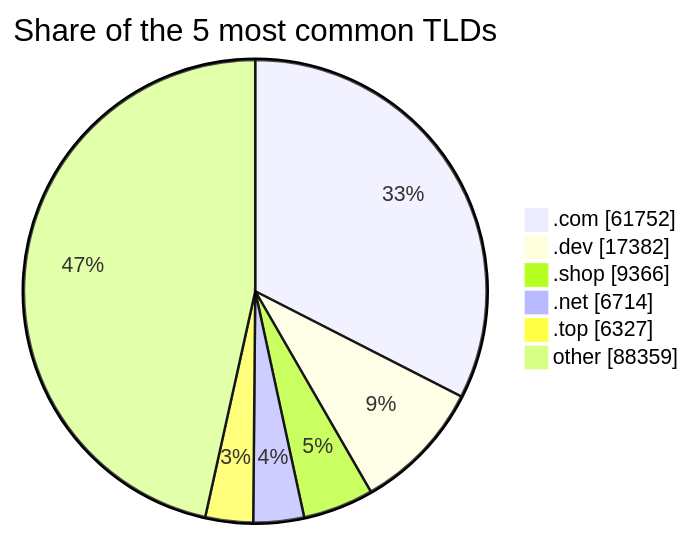
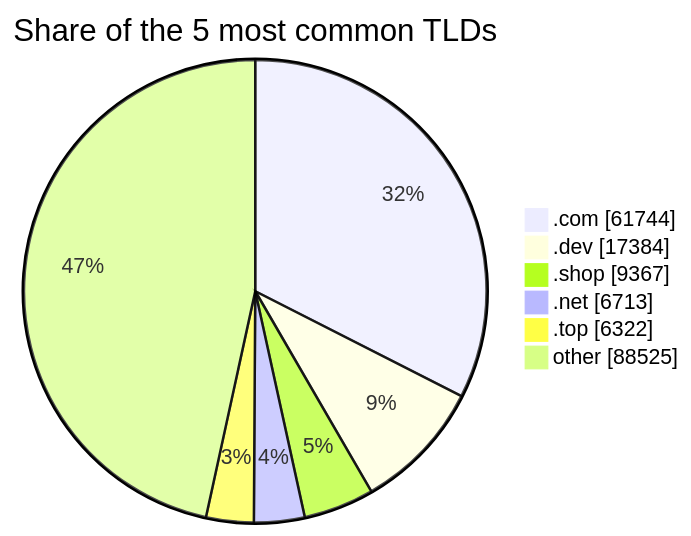
The third of 3 diagrams in README.md (DNSBunker/CTI), drawn with Mermaid before and after one commit. The commit also changed other lines of this file and 3 other files, not shown here.

````diff
--- a/README.md
+++ b/README.md
@@ -81,9 +81,9 @@
 ```mermaid
 pie showData title Share of the 5 most common TLDs
-    ".com" : 61752
-    ".dev" : 17382
-    ".shop" : 9366
-    ".net" : 6714
-    ".top" : 6327
-    "other" : 88359
+    ".com" : 61744
+    ".dev" : 17384
+    ".shop" : 9367
+    ".net" : 6713
+    ".top" : 6322
+    "other" : 88525
 ```
````
